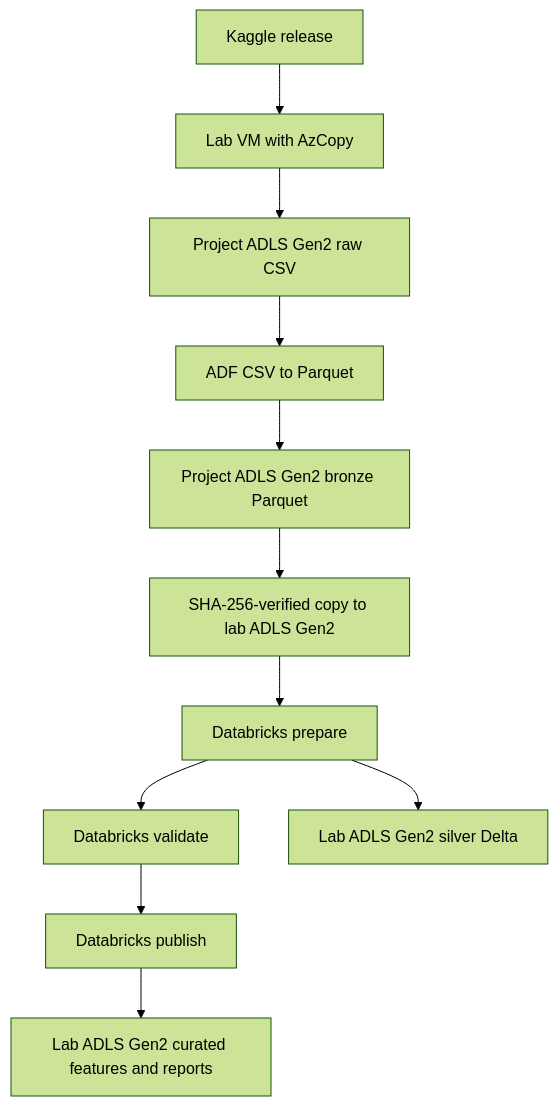
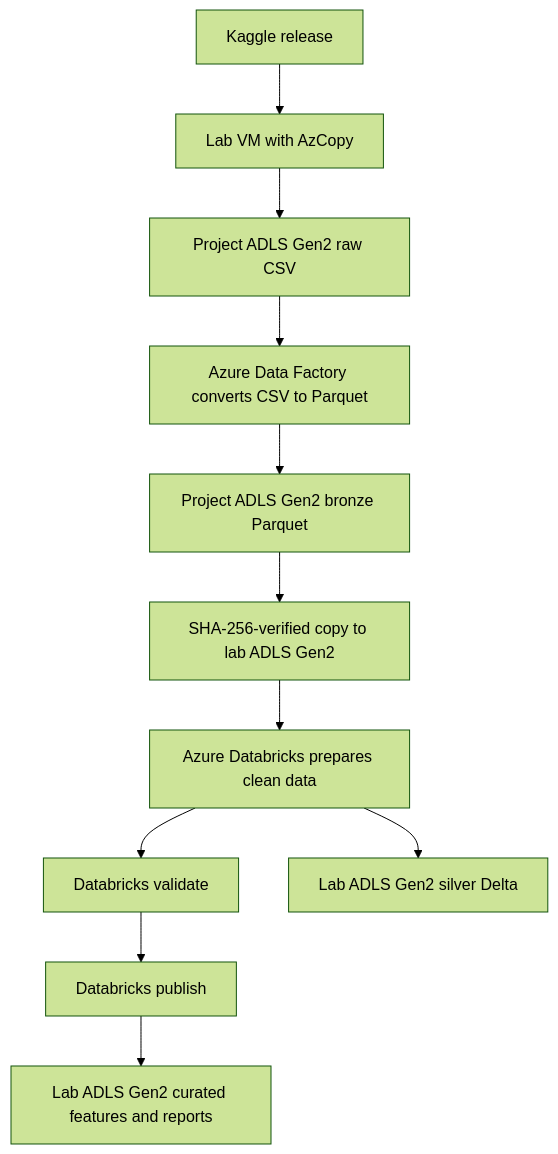
The diagram in README.md (Jehan-Ali-Elsaid/dsai3202-stock-price-forecasting), drawn with Mermaid (forest theme) before and after one commit. The commit also changed other lines of this file, not shown here.

Commit message:
Clarify Phase 1 setup and ADF evidence commands

````diff
--- a/README.md
+++ b/README.md
@@ -30,13 +30,13 @@
 ```mermaid
 flowchart TD
     K["Kaggle release"] --> A["Lab VM with AzCopy"]
     A --> R["Project ADLS Gen2 raw CSV"]
-    R --> B["ADF CSV to Parquet"]
+    R --> B["Azure Data Factory converts CSV to Parquet"]
     B --> P["Project ADLS Gen2 bronze Parquet"]
     P --> H["SHA-256-verified copy to lab ADLS Gen2"]
-    H --> D["Databricks prepare"]
+    H --> D["Azure Databricks prepares clean data"]
     D --> V["Databricks validate"]
     V --> C["Databricks publish"]
     D --> S["Lab ADLS Gen2 silver Delta"]
     C --> U["Lab ADLS Gen2 curated features and reports"]
 ```
````
